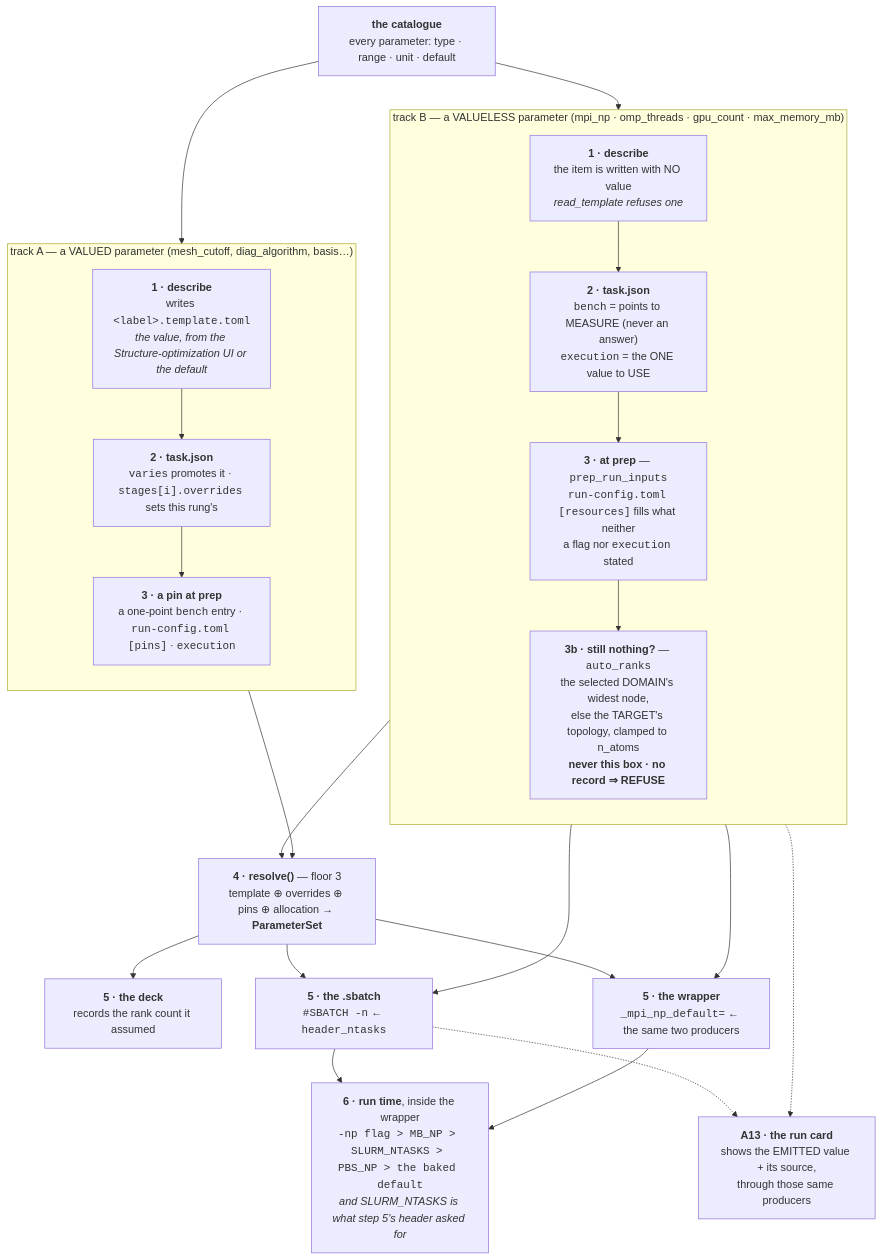
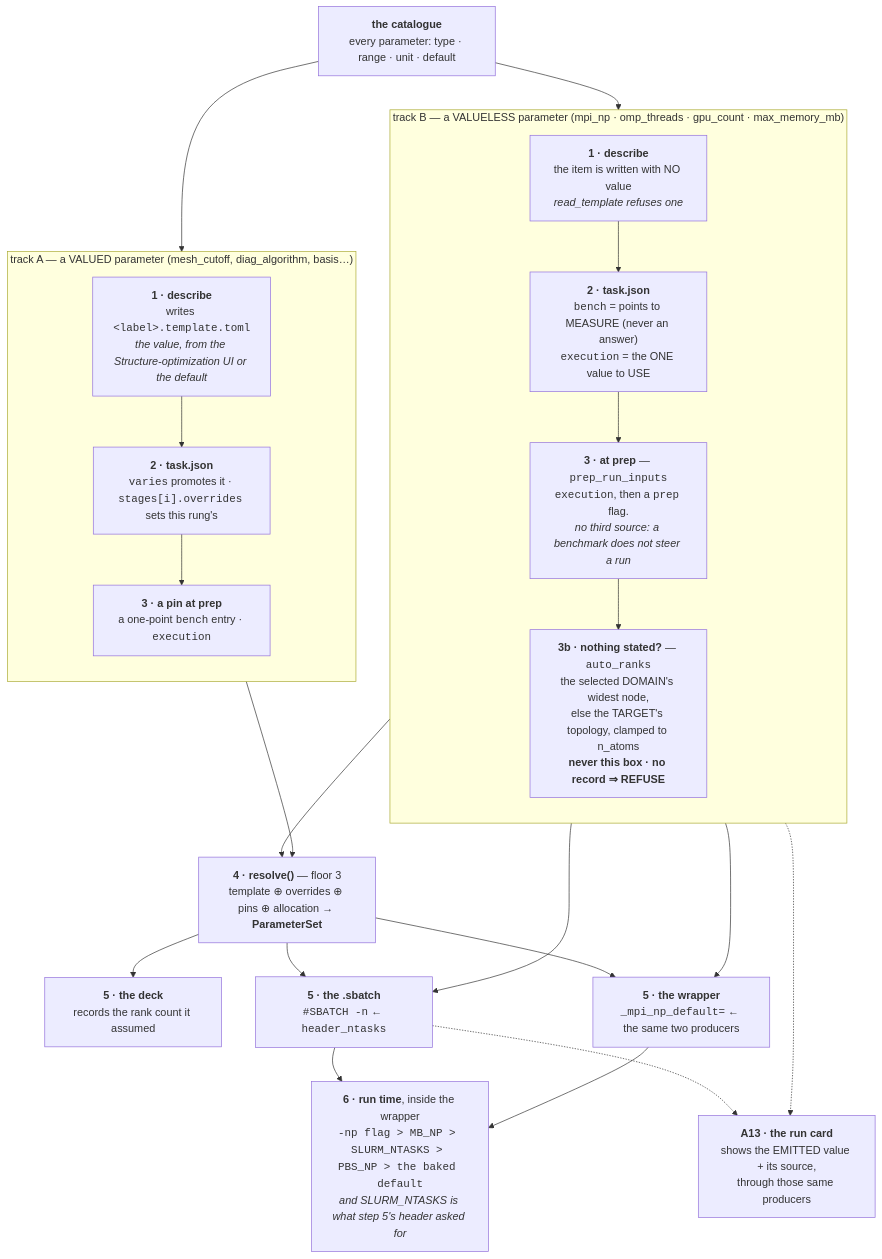
One commit to Qing-LAB/molbuilder changed the sixth of 11 diagrams in docs/execution/architecture.md. Above: the diagram before and after it, drawn with Mermaid. The commit also changed other lines of this file and 28 other files, not shown here.

````diff
--- a/docs/execution/architecture.md
+++ b/docs/execution/architecture.md
@@ -570,42 +570,42 @@
 ```mermaid
 flowchart TB
     CAT["<b>the catalogue</b><br/>every parameter: type · range · unit · default"]
 
     subgraph VAL["track A — a VALUED parameter (mesh_cutoff, diag_algorithm, basis…)"]
         direction TB
         A1["<b>1 · describe</b><br/>writes <code>&lt;label&gt;.template.toml</code><br/><i>the value, from the Structure-optimization UI or the default</i>"]
         A2["<b>2 · task.json</b><br/><code>varies</code> promotes it · <code>stages[i].overrides</code> sets this rung's"]
-        A3["<b>3 · a pin at prep</b><br/>a one-point <code>bench</code> entry · <code>run-config.toml</code> <code>[pins]</code> · <code>execution</code>"]
+        A3["<b>3 · a pin at prep</b><br/>a one-point <code>bench</code> entry · <code>execution</code>"]
         A1 --> A2 --> A3
     end
 
     subgraph MACH["track B — a VALUELESS parameter (mpi_np · omp_threads · gpu_count · max_memory_mb)"]
         direction TB
         B1["<b>1 · describe</b><br/>the item is written with NO value<br/><i>read_template refuses one</i>"]
         B2["<b>2 · task.json</b><br/><code>bench</code> = points to MEASURE (never an answer)<br/><code>execution</code> = the ONE value to USE"]
-        B3["<b>3 · at prep</b> — <code>prep_run_inputs</code><br/><code>run-config.toml</code> <code>[resources]</code> fills what neither<br/>a flag nor <code>execution</code> stated"]
-        B4["<b>3b · still nothing?</b> — <code>auto_ranks</code><br/>the selected DOMAIN's widest node,<br/>else the TARGET's topology, clamped to n_atoms<br/><b>never this box · no record ⇒ REFUSE</b>"]
+        B3["<b>3 · at prep</b> — <code>prep_run_inputs</code><br/><code>execution</code>, then a <code>prep</code> flag.<br/><i>no third source: a benchmark does not steer a run</i>"]
+        B4["<b>3b · nothing stated?</b> — <code>auto_ranks</code><br/>the selected DOMAIN's widest node,<br/>else the TARGET's topology, clamped to n_atoms<br/><b>never this box · no record ⇒ REFUSE</b>"]
         B1 --> B2 --> B3 --> B4
     end
 
     RES["<b>4 · resolve()</b> — floor 3<br/>template ⊕ overrides ⊕ pins ⊕ allocation → <b>ParameterSet</b>"]
     DECK["<b>5 · the deck</b><br/>records the rank count it assumed"]
     SB["<b>5 · the .sbatch</b><br/><code>#SBATCH -n</code> ← <code>header_ntasks</code>"]
     WRAP["<b>5 · the wrapper</b><br/><code>_mpi_np_default=</code> ← the same two producers"]
     RUN["<b>6 · run time</b>, inside the wrapper<br/><code>-np flag &gt; MB_NP &gt; SLURM_NTASKS &gt; PBS_NP &gt; the baked default</code><br/><i>and SLURM_NTASKS is what step 5's header asked for</i>"]
     CARD["<b>A13 · the run card</b><br/>shows the EMITTED value + its source,<br/>through those same producers"]
 
     CAT --> A1
     CAT --> B1
     A3 --> RES
     B3 --> RES
     B4 --> SB
     B4 --> WRAP
     RES --> DECK
     RES --> SB
     RES --> WRAP
     SB --> RUN
     WRAP --> RUN
     B4 -.-> CARD
     SB -.-> CARD
 ```
````
